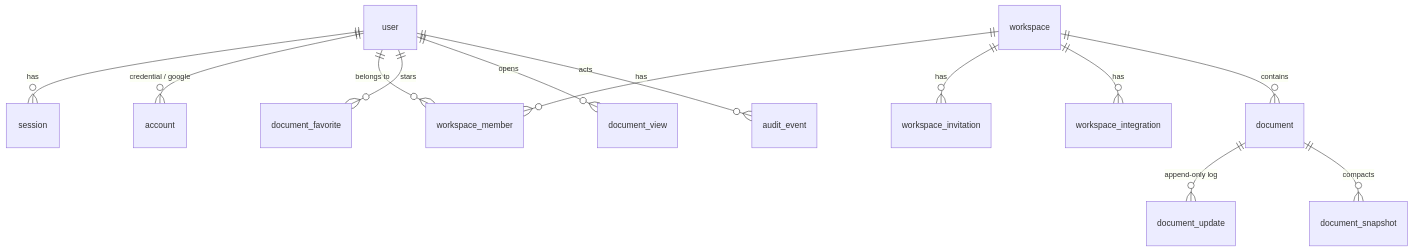
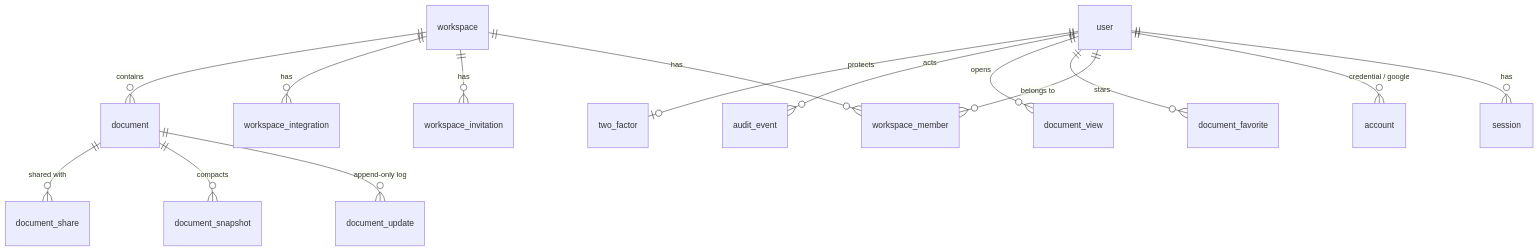
The diagram in docs/data-model/postgres.md (sushildalavi/SyncSpace), drawn with Mermaid before and after one commit. The commit also changed other lines of this file and 11 other files, not shown here.

````diff
--- a/docs/data-model/postgres.md
+++ b/docs/data-model/postgres.md
@@ -5,15 +5,17 @@
 ```mermaid
 erDiagram
   user ||--o{ session : has
   user ||--o{ account : "credential / google"
   user ||--o{ workspace_member : "belongs to"
   workspace ||--o{ workspace_member : has
   workspace ||--o{ workspace_invitation : has
   workspace ||--o{ workspace_integration : has
   workspace ||--o{ document : contains
   document ||--o{ document_update : "append-only log"
   document ||--o{ document_snapshot : compacts
   user ||--o{ document_favorite : stars
   user ||--o{ document_view : opens
   user ||--o{ audit_event : acts
+  user ||--o| two_factor : protects
+  document ||--o{ document_share : "shared with"
 ```
````
